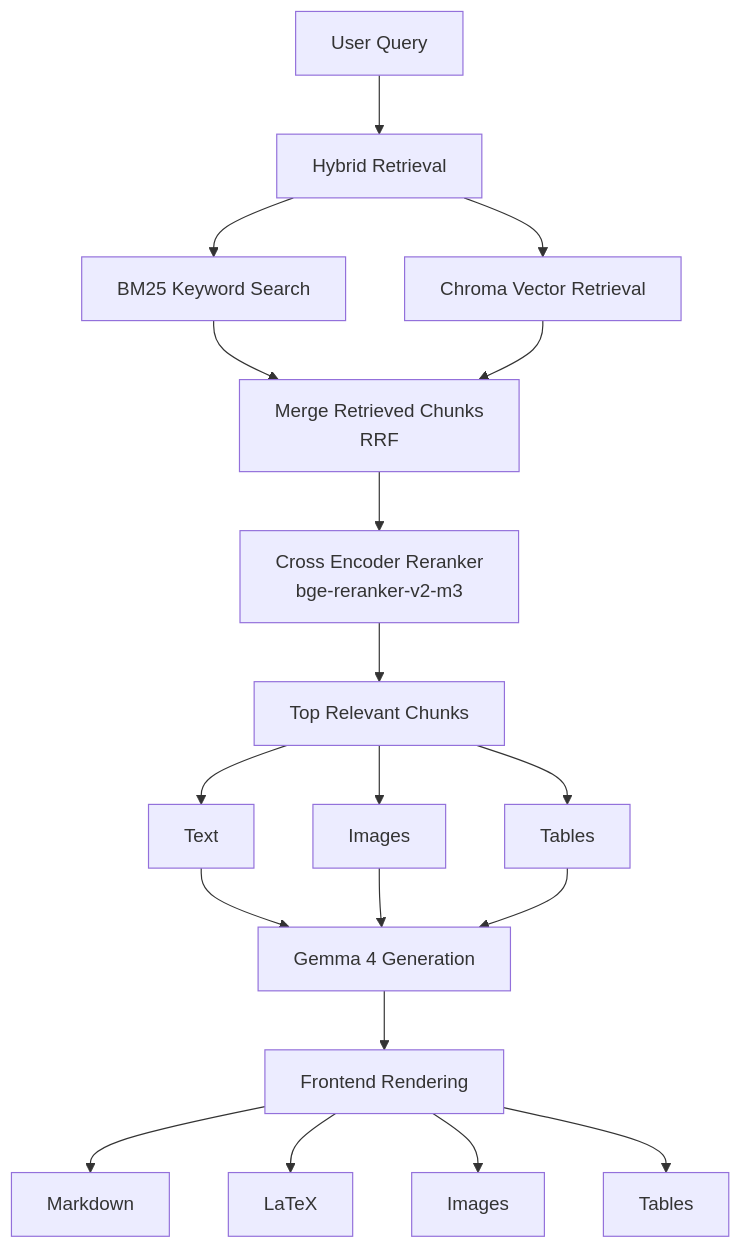
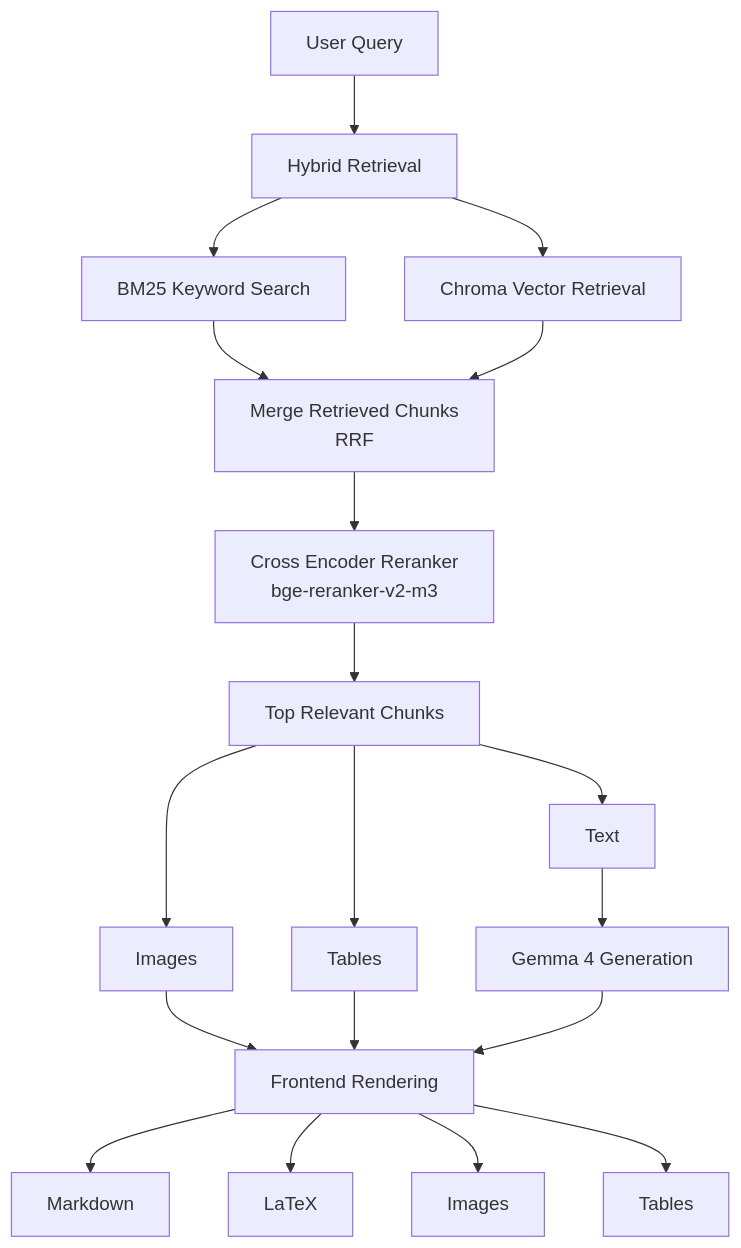
The second of 2 diagrams in applied_ml_domain/chatbot_code/README.md (risvanthkm/spider_ml_task1), drawn with Mermaid before and after one commit.

Commit message:
chatbot_code_readme

````diff
--- a/applied_ml_domain/chatbot_code/README.md
+++ b/applied_ml_domain/chatbot_code/README.md
@@ -94,35 +94,35 @@
 ```mermaid
 flowchart TD
 
 A[User Query]
 
 A --> B[Hybrid Retrieval]
 
 B --> C1[BM25 Keyword Search]
 B --> C2[Chroma Vector Retrieval]
 
 C1 --> D[Merge Retrieved Chunks<br/>RRF]
 C2 --> D
 
 D --> E[Cross Encoder Reranker<br/>bge-reranker-v2-m3]
 
 E --> F[Top Relevant Chunks]
 
 F --> G1[Text]
 F --> G2[Images]
 F --> G3[Tables]
 
 G1 --> H[Gemma 4 Generation]
-G2 --> H
-G3 --> H
+G2 --> I
+G3 --> I
 
 H --> I[Frontend Rendering]
 
 I --> J1[Markdown]
 
 I --> J2[LaTeX ]
 
 I --> J3[Images]
 
 I --> J4[Tables]
 ```
````
